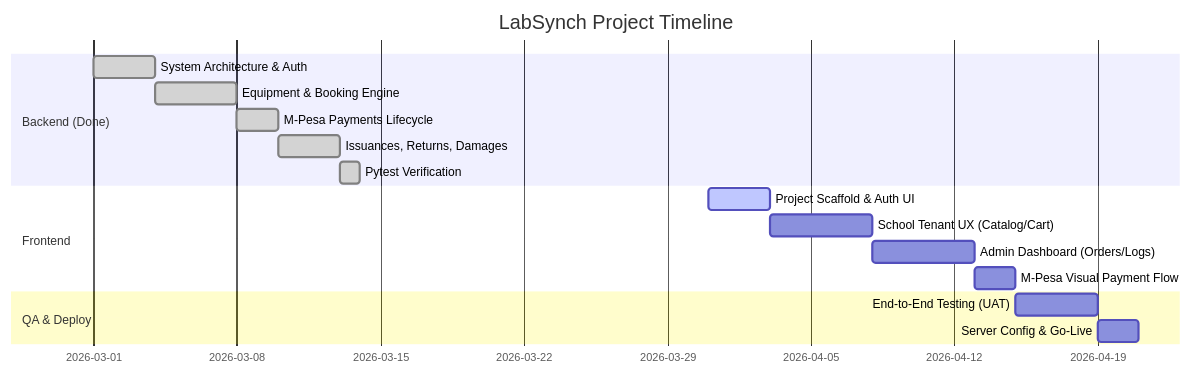
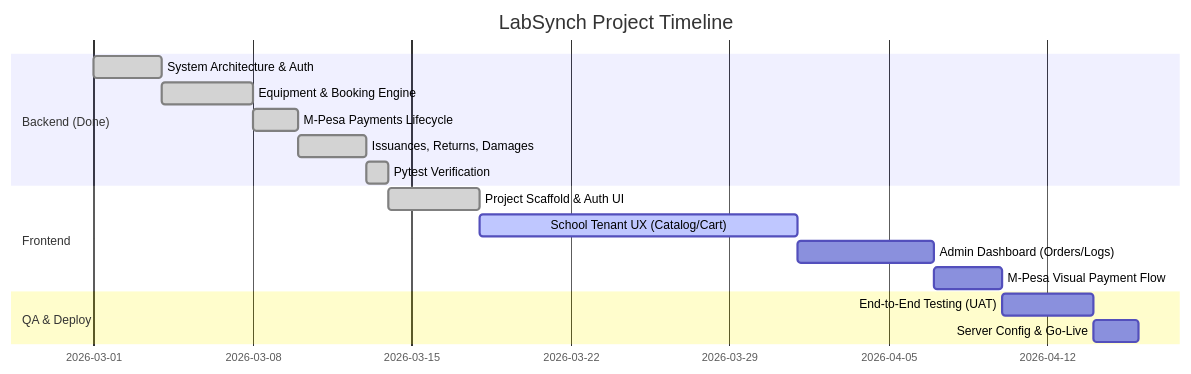
Before and after one commit to allan-roxx/LabSynch_Backend: the diagram in docs/wbs_gantt.md, drawn with Mermaid. The commit also changed 50 other files, not shown here.

````diff
--- a/docs/wbs_gantt.md
+++ b/docs/wbs_gantt.md
@@ -28,21 +28,21 @@
 ```mermaid
 gantt
     title LabSynch Project Timeline
     dateFormat  YYYY-MM-DD
     section Backend (Done)
     System Architecture & Auth     :done, b1, 2026-03-01, 3d
     Equipment & Booking Engine     :done, b2, after b1, 4d
     M-Pesa Payments Lifecycle      :done, b3, after b2, 2d
     Issuances, Returns, Damages    :done, b4, after b3, 3d
     Pytest Verification            :done, b5, after b4, 1d
 
     section Frontend
-    Project Scaffold & Auth UI     :active, f1, 2026-03-31, 3d
-    School Tenant UX (Catalog/Cart):        f2, after f1, 5d
-    Admin Dashboard (Orders/Logs)  :        f3, after f2, 5d
-    M-Pesa Visual Payment Flow     :        f4, after f3, 2d
+    Project Scaffold & Auth UI     :done,   f1, 2026-03-14, 4d
+    School Tenant UX (Catalog/Cart):active, f2, after f1,   14d
+    Admin Dashboard (Orders/Logs)  :        f3, after f2,   6d
+    M-Pesa Visual Payment Flow     :        f4, after f3,   3d
 
     section QA & Deploy
     End-to-End Testing (UAT)       :        q1, after f4, 4d
     Server Config & Go-Live        :        q2, after q1, 2d
 ```
````
